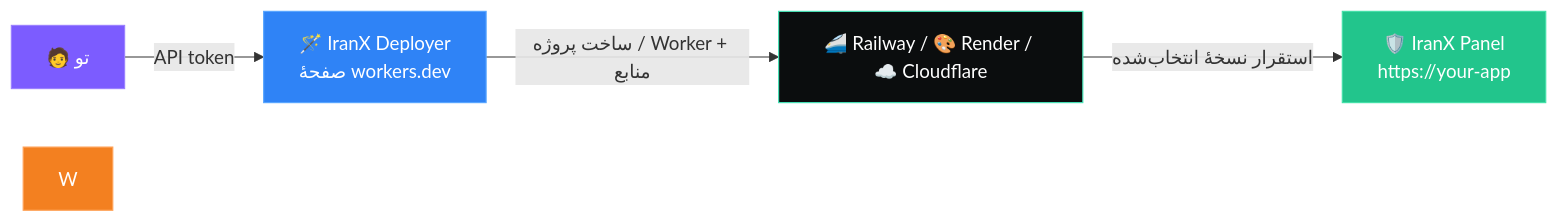
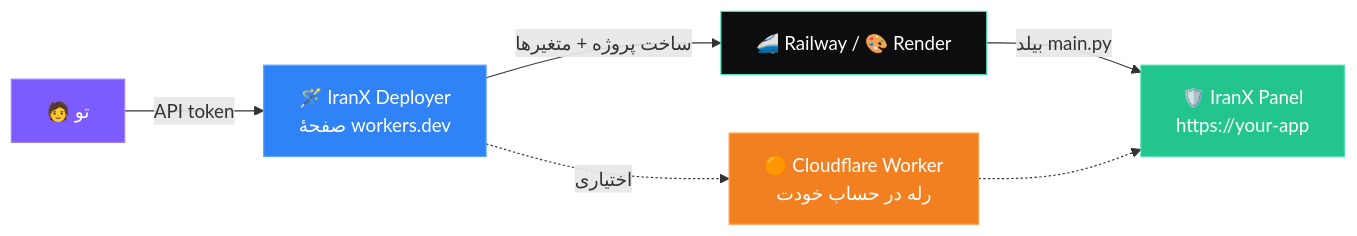
The first of 2 diagrams in README-fa.md (BeeEhsas/IranXPanel), drawn with Mermaid before and after one commit. The commit also changed other lines of this file and 1 other file, not shown here.

````diff
--- a/README-fa.md
+++ b/README-fa.md
@@ -78,12 +78,14 @@
 ```mermaid
 flowchart LR
     U["🧑 تو"] -->|"API token"| D["🪄 IranX Deployer<br/>صفحهٔ workers.dev"]
-    D -->|"ساخت پروژه / Worker + منابع"| H["🚄 Railway / 🎨 Render / ☁️ Cloudflare"]
-    H -->|"استقرار نسخهٔ انتخاب‌شده"| P["🛡️ IranX Panel<br/>https://your-app"]
+    D -->|"ساخت پروژه + متغیرها"| H["🚄 Railway / 🎨 Render"]
+    H -->|"بیلد main.py"| P["🛡️ IranX Panel<br/>https://your-app"]
+    D -.->|"اختیاری"| W["🟠 Cloudflare Worker<br/>رله در حساب خودت"]
+    W -.-> P
 
     style U fill:#7C5CFF,stroke:#9B81FF,color:#fff
     style D fill:#2F83F6,stroke:#57A5FF,color:#fff
     style H fill:#0B0D0E,stroke:#46E3B7,color:#fff
     style P fill:#22c58c,stroke:#43E0A8,color:#fff
     style W fill:#F38020,stroke:#FFA257,color:#fff
 ```
````
